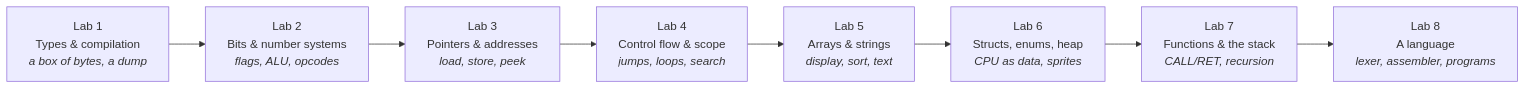
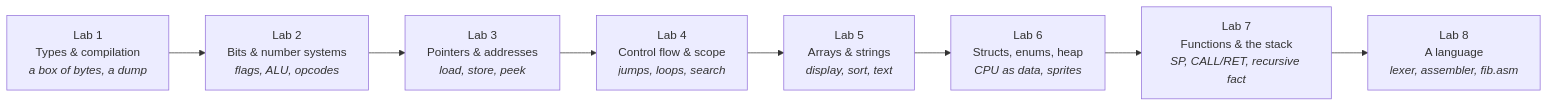
One commit to ReallyPablo/Programming-Practice-Projects changed the diagram in courses/programming-fundamentals/README.md. Above: the diagram before and after it, drawn with Mermaid. The commit also changed other lines of this file and 30 other files, not shown here.

````diff
--- a/courses/programming-fundamentals/README.md
+++ b/courses/programming-fundamentals/README.md
@@ -55,10 +68,10 @@
 ```mermaid
 flowchart LR
     L1[Lab 1<br/>Types & compilation<br/><i>a box of bytes, a dump</i>] --> L2[Lab 2<br/>Bits & number systems<br/><i>flags, ALU, opcodes</i>]
     L2 --> L3[Lab 3<br/>Pointers & addresses<br/><i>load, store, peek</i>]
     L3 --> L4[Lab 4<br/>Control flow & scope<br/><i>jumps, loops, search</i>]
     L4 --> L5[Lab 5<br/>Arrays & strings<br/><i>display, sort, text</i>]
     L5 --> L6[Lab 6<br/>Structs, enums, heap<br/><i>CPU as data, sprites</i>]
-    L6 --> L7[Lab 7<br/>Functions & the stack<br/><i>CALL/RET, recursion</i>]
-    L7 --> L8[Lab 8<br/>A language<br/><i>lexer, assembler, programs</i>]
+    L6 --> L7[Lab 7<br/>Functions & the stack<br/><i>SP, CALL/RET, recursive fact</i>]
+    L7 --> L8[Lab 8<br/>A language<br/><i>lexer, assembler, fib.asm</i>]
 ```
````
